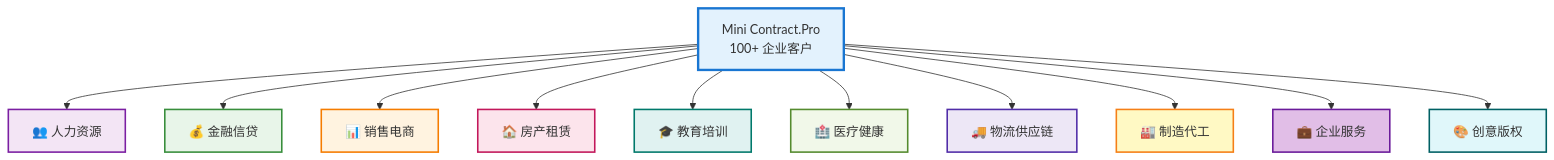
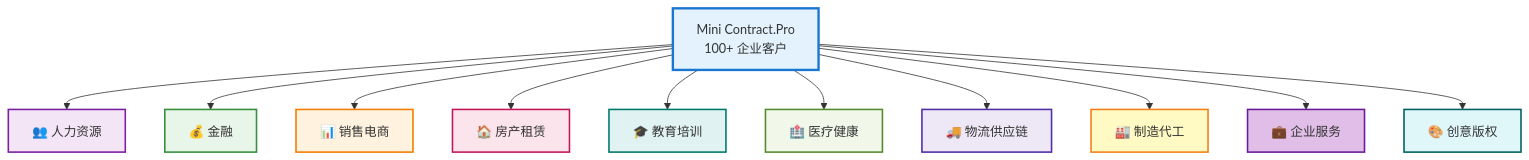
One commit to freeleepm/mini-contract changed the first of 11 diagrams in README.md. Above: the diagram before and after it, drawn with Mermaid. The commit also changed other lines of this file, not shown here.

Commit message:
优化说明文档

````diff
--- a/README.md
+++ b/README.md
@@ -344,25 +344,25 @@
 ```mermaid
 graph TD
     A["Mini Contract.Pro<br/>100+ 企业客户"] --> B["👥 人力资源"]
-    A --> C["💰 金融信贷"]
+    A --> C["💰 金融"]
     A --> D["📊 销售电商"]
     A --> E["🏠 房产租赁"]
     A --> F["🎓 教育培训"]
     A --> G["🏥 医疗健康"]
     A --> H["🚚 物流供应链"]
     A --> I["🏭 制造代工"]
     A --> J["💼 企业服务"]
     A --> K["🎨 创意版权"]
     
     style A fill:#e3f2fd,stroke:#1976d2,stroke-width:3px
     style B fill:#f3e5f5,stroke:#7b1fa2,stroke-width:2px
     style C fill:#e8f5e9,stroke:#388e3c,stroke-width:2px
     style D fill:#fff3e0,stroke:#f57c00,stroke-width:2px
     style E fill:#fce4ec,stroke:#c2185b,stroke-width:2px
     style F fill:#e0f2f1,stroke:#00796b,stroke-width:2px
     style G fill:#f1f8e9,stroke:#558b2f,stroke-width:2px
     style H fill:#ede7f6,stroke:#512da8,stroke-width:2px
     style I fill:#fff9c4,stroke:#f57f17,stroke-width:2px
     style J fill:#e1bee7,stroke:#6a1b9a,stroke-width:2px
     style K fill:#e0f7fa,stroke:#006064,stroke-width:2px
 ```
````
